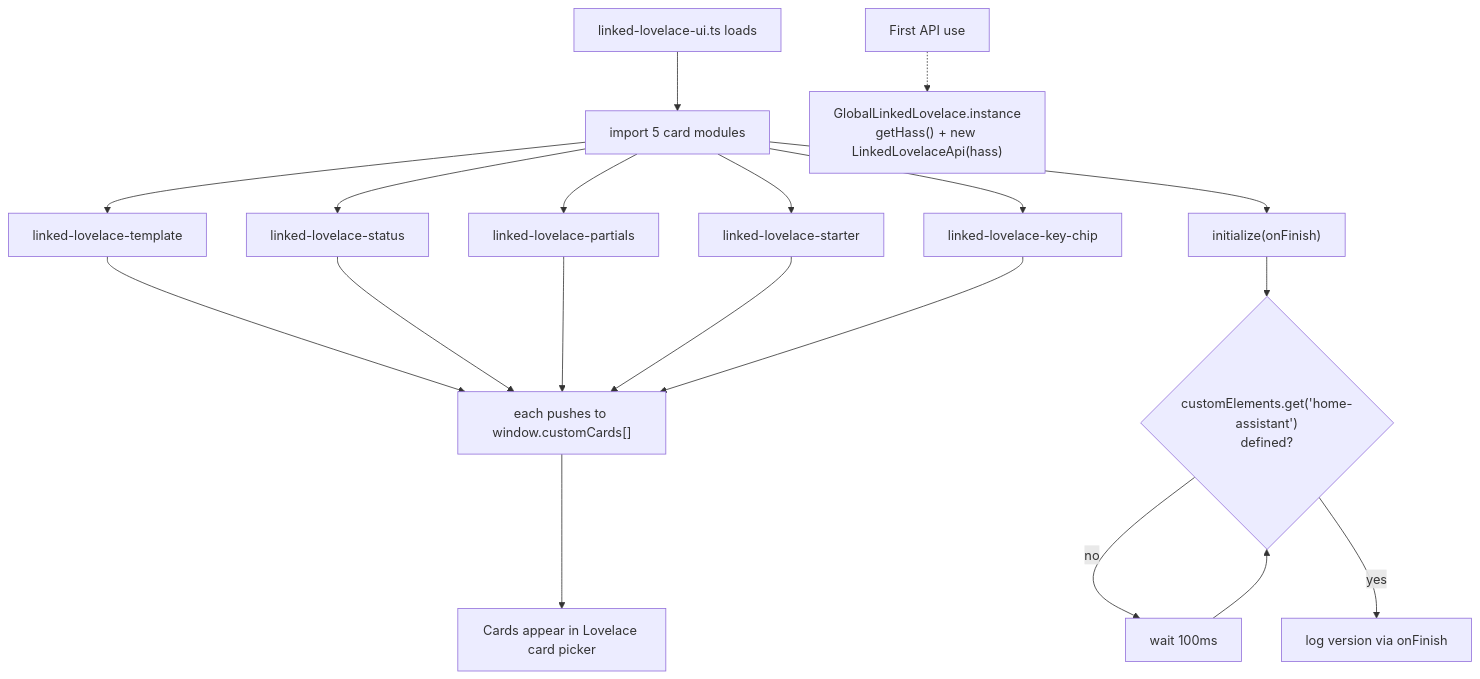
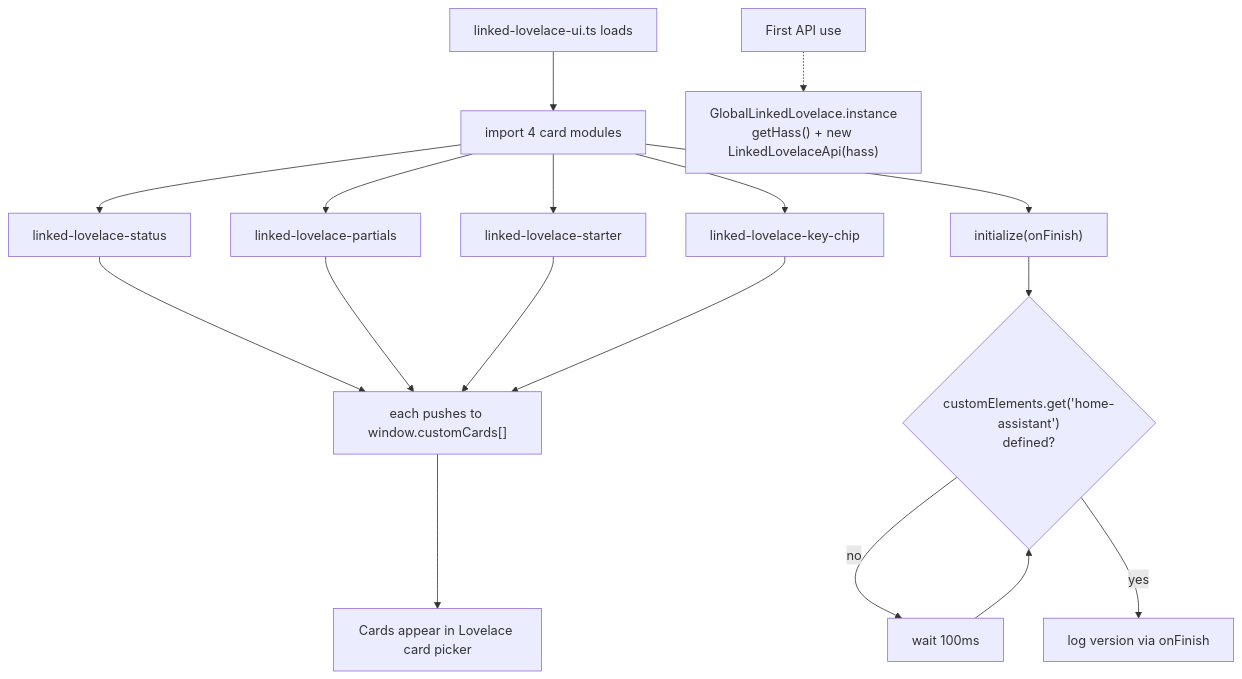
One commit to daredoes/linked-lovelace-ui changed the first of 8 diagrams in docs_site/lifecycles.md. Above: the diagram before and after it, drawn with Mermaid. The commit also changed other lines of this file and 41 other files, not shown here.

First line of the commit message:
feat: Retire the template card and warn about missing templates

````diff
--- a/docs_site/lifecycles.md
+++ b/docs_site/lifecycles.md
@@ -32,16 +32,15 @@
 ```mermaid
 flowchart TD
-    A["linked-lovelace-ui.ts loads"] --> B["import 5 card modules"]
-    B --> B1["linked-lovelace-template"]
+    A["linked-lovelace-ui.ts loads"] --> B["import 4 card modules"]
     B --> B2["linked-lovelace-status"]
     B --> B3["linked-lovelace-partials"]
     B --> B4["linked-lovelace-starter"]
     B --> B5["linked-lovelace-key-chip"]
-    B1 & B2 & B3 & B4 & B5 --> C["each pushes to window.customCards[]"]
+    B2 & B3 & B4 & B5 --> C["each pushes to window.customCards[]"]
     B --> D["initialize(onFinish)"]
     D --> E{"customElements.get('home-assistant')<br/>defined?"}
     E -- no --> F["wait 100ms"] --> E
     E -- yes --> G["log version via onFinish"]
     C --> H["Cards appear in Lovelace card picker"]
     I["First API use"] -.-> J["GlobalLinkedLovelace.instance<br/>getHass() + new LinkedLovelaceApi(hass)"]
 ```
````
